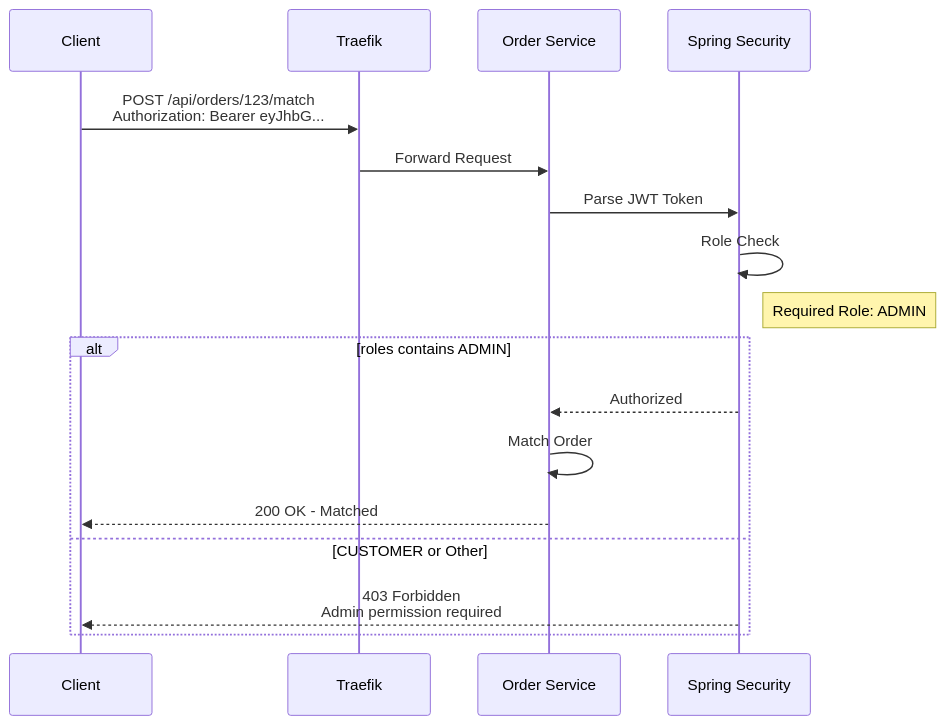
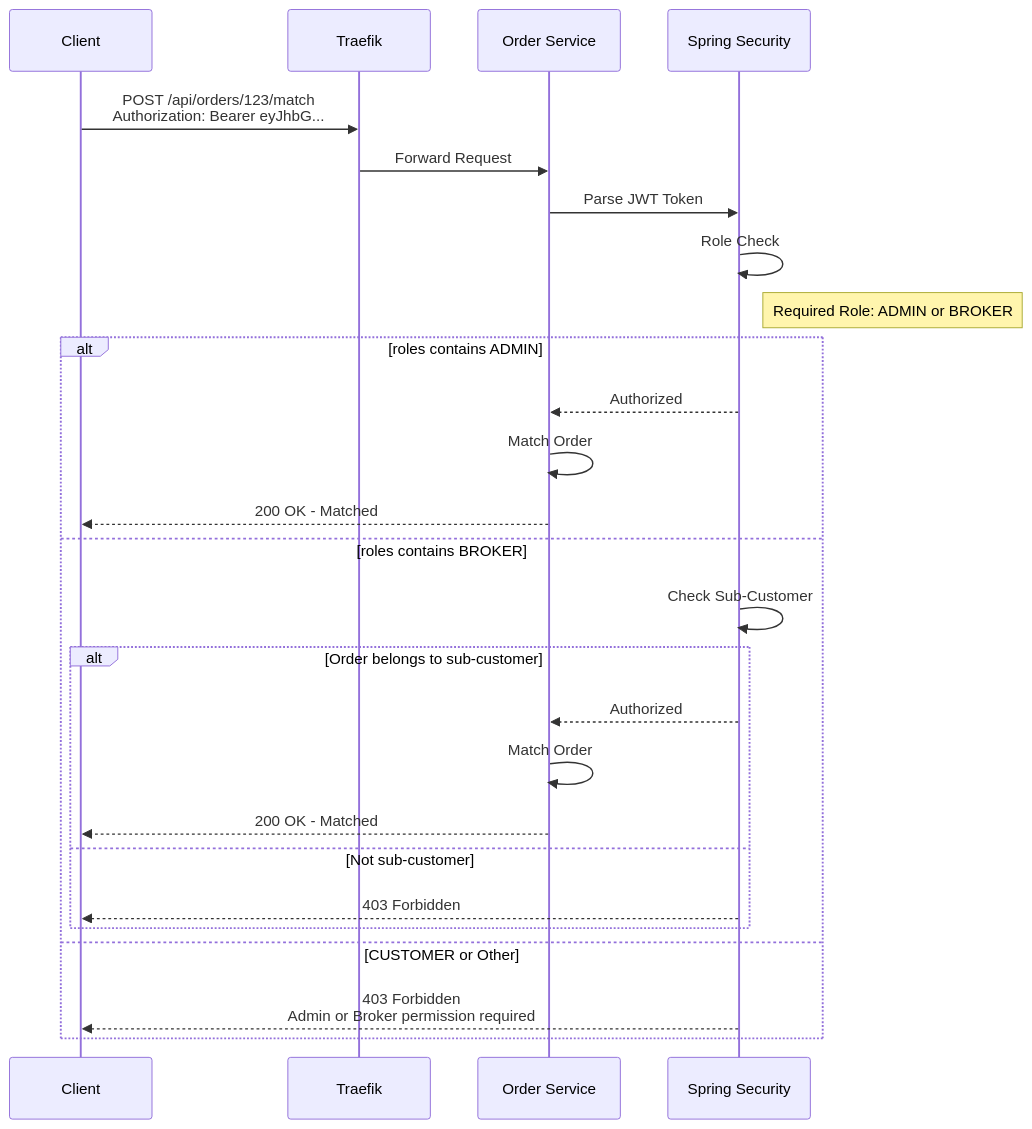
One commit to atillailhankartal/interview-20251222 changed the tenth of 29 diagrams in docs/en/05-api-gateway-security.md. Above: the diagram before and after it, drawn with Mermaid. The commit also changed other lines of this file and 43 other files, not shown here.

````diff
--- a/docs/en/05-api-gateway-security.md
+++ b/docs/en/05-api-gateway-security.md
@@ -267,23 +302,32 @@
 ```mermaid
 sequenceDiagram
     participant C as Client
     participant T as Traefik
     participant S as Order Service
     participant SEC as Spring Security
 
     C->>T: POST /api/orders/123/match<br/>Authorization: Bearer eyJhbG...
 
     T->>S: Forward Request
 
     S->>SEC: Parse JWT Token
     SEC->>SEC: Role Check
-    Note right of SEC: Required Role: ADMIN
+    Note right of SEC: Required Role: ADMIN or BROKER
 
     alt roles contains ADMIN
         SEC-->>S: Authorized
         S->>S: Match Order
         S-->>C: 200 OK - Matched
+    else roles contains BROKER
+        SEC->>SEC: Check Sub-Customer
+        alt Order belongs to sub-customer
+            SEC-->>S: Authorized
+            S->>S: Match Order
+            S-->>C: 200 OK - Matched
+        else Not sub-customer
+            SEC-->>C: 403 Forbidden
+        end
     else CUSTOMER or Other
-        SEC-->>C: 403 Forbidden<br/>Admin permission required
+        SEC-->>C: 403 Forbidden<br/>Admin or Broker permission required
     end
 ```
````
